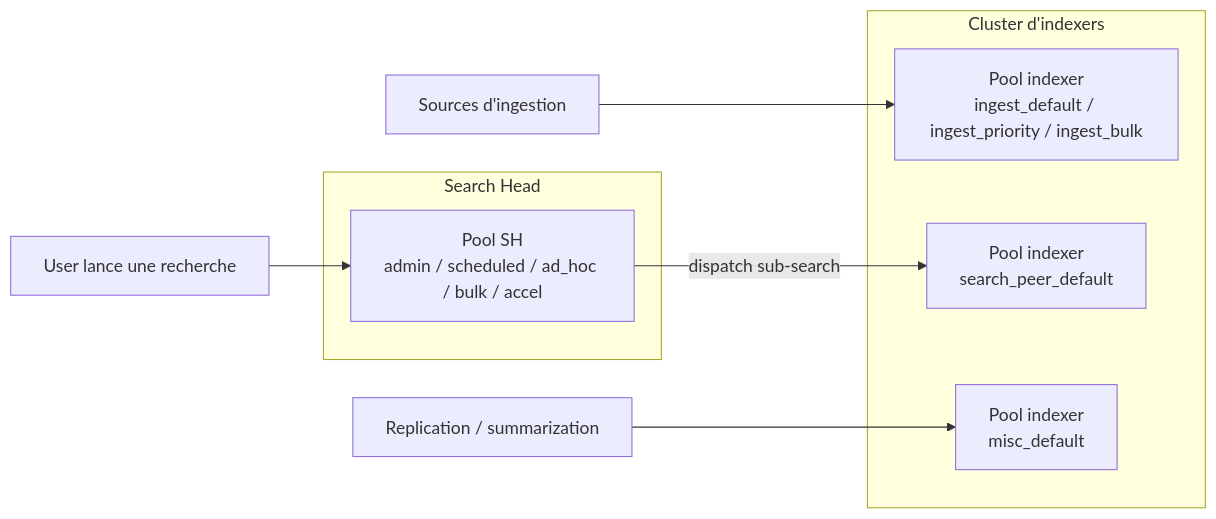
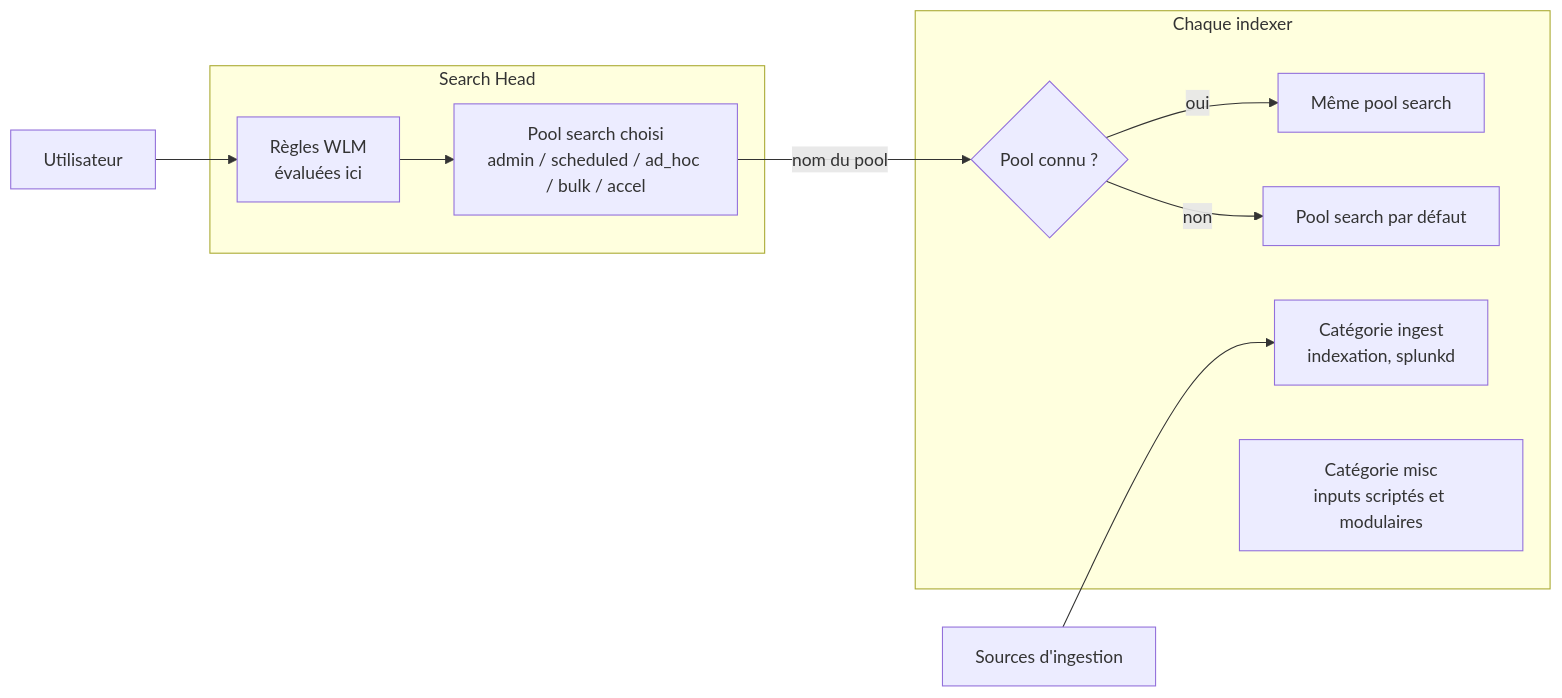
One commit to rafiki31130/knowledge_base_pro changed the diagram in handbooks/gouvernance-utilisateurs-splunk/07-guide-wlm-indexers.md. Above: the diagram before and after it, drawn with Mermaid. The commit also changed other lines of this file and 13 other files, not shown here.

````diff
--- a/handbooks/gouvernance-utilisateurs-splunk/07-guide-wlm-indexers.md
+++ b/handbooks/gouvernance-utilisateurs-splunk/07-guide-wlm-indexers.md
@@ -52,15 +70,16 @@
 ```mermaid
 flowchart LR
+    U[Utilisateur] --> R
     subgraph SH["Search Head"]
-      H1[Pool SH<br/>admin / scheduled / ad_hoc / bulk / accel]
+      R["Règles WLM<br/>évaluées ici"] --> P["Pool search choisi<br/>admin / scheduled / ad_hoc / bulk / accel"]
     end
-    subgraph CLU["Cluster d'indexers"]
-      I1[Pool indexer<br/>ingest_default / ingest_priority / ingest_bulk]
-      I2[Pool indexer<br/>search_peer_default]
-      I3[Pool indexer<br/>misc_default]
+    P -- "nom du pool" --> K
+    subgraph IDX["Chaque indexer"]
+      K{"Pool connu ?"}
+      K -- oui --> S1["Même pool search"]
+      K -- non --> S2["Pool search par défaut"]
+      ING["Catégorie ingest<br/>indexation, splunkd"]
+      MISC["Catégorie misc<br/>inputs scriptés et modulaires"]
     end
-    U[User lance une recherche] --> H1
-    H1 -- "dispatch sub-search" --> I2
-    SRC[Sources d'ingestion] --> I1
-    REP[Replication / summarization] --> I3
+    SRC[Sources d'ingestion] --> ING
 ```
````
